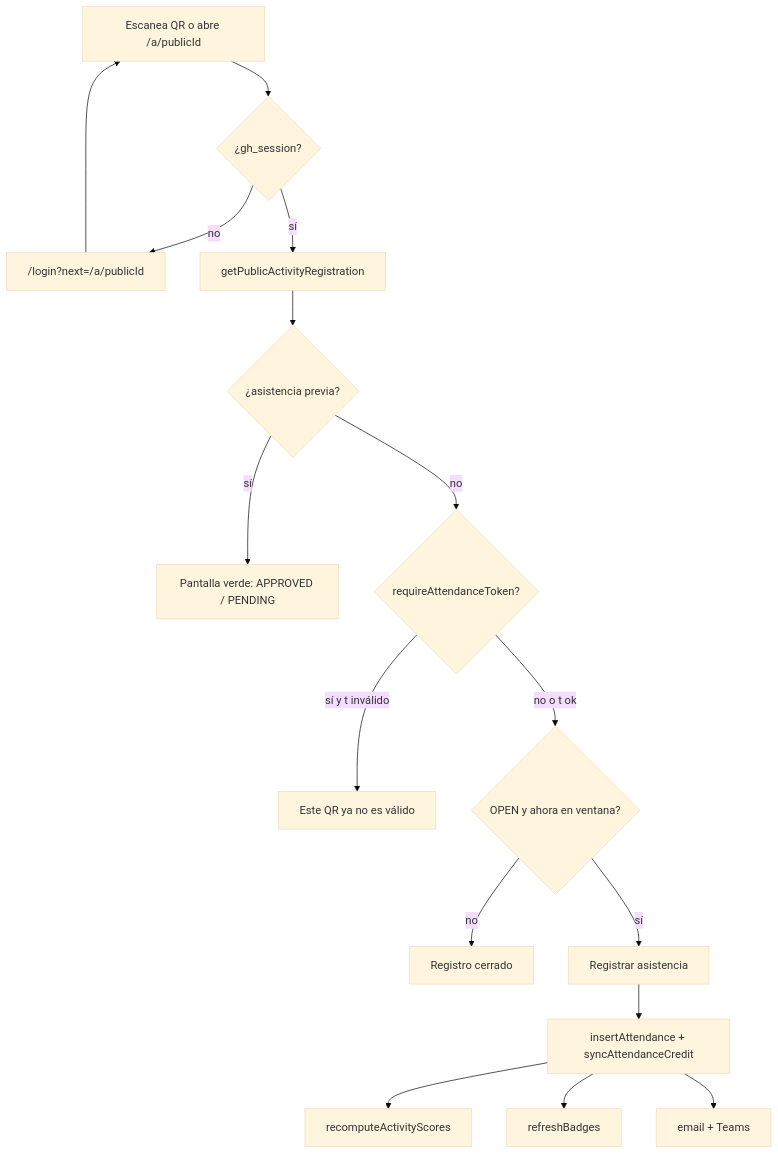
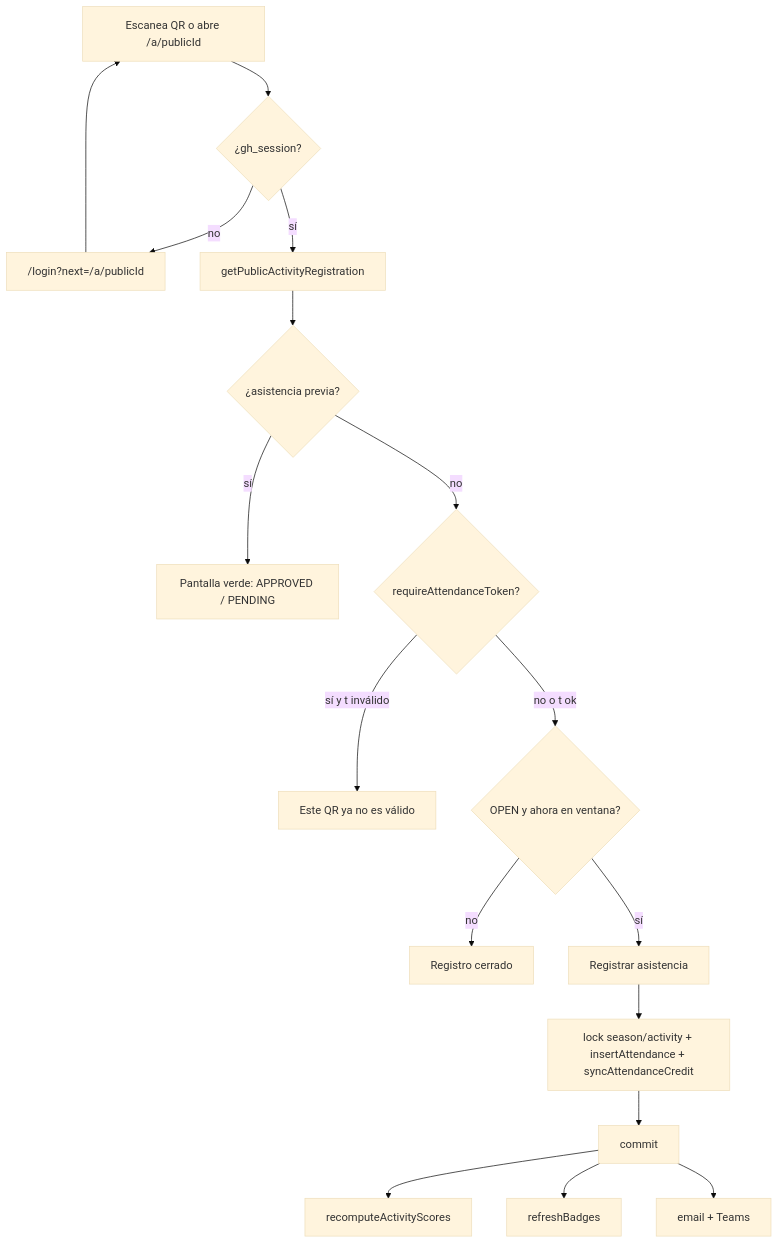
Before and after one commit to magaviriaa/GHPOINTS: the second of 2 diagrams in docs/es/flujos.md, drawn with Mermaid (base theme). The commit also changed other lines of this file and 16 other files, not shown here.

````diff
--- a/docs/es/flujos.md
+++ b/docs/es/flujos.md
@@ -38,18 +38,19 @@
 ```mermaid
 flowchart TD
   Scan["Escanea QR o abre /a/publicId"] --> Auth{"¿gh_session?"}
   Auth -->|no| Login["/login?next=/a/publicId"]
   Login --> Scan
   Auth -->|sí| Load["getPublicActivityRegistration"]
   Load --> Exists{"¿asistencia previa?"}
   Exists -->|sí| Done["Pantalla verde: APPROVED / PENDING"]
   Exists -->|no| Token{"requireAttendanceToken?"}
   Token -->|sí y t inválido| Bad["Este QR ya no es válido"]
   Token -->|no o t ok| Win{"OPEN y ahora en ventana?"}
   Win -->|no| Closed["Registro cerrado"]
   Win -->|sí| Click["Registrar asistencia"]
-  Click --> TX["insertAttendance + syncAttendanceCredit"]
-  TX --> Score["recomputeActivityScores"]
-  TX --> Badge["refreshBadges"]
-  TX --> Notify["email + Teams"]
+  Click --> TX["lock season/activity + insertAttendance + syncAttendanceCredit"]
+  TX --> Commit["commit"]
+  Commit --> Score["recomputeActivityScores"]
+  Commit --> Badge["refreshBadges"]
+  Commit --> Notify["email + Teams"]
 ```
````
